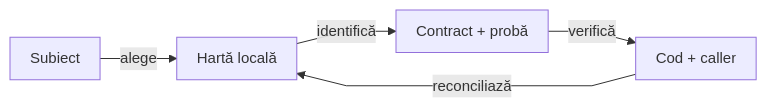
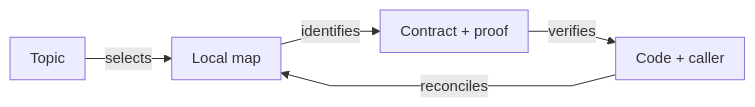
One commit to crististefanita/atf_j1 changed the first of 2 diagrams in docs/ATF_Context_Atlas.md. Above: the diagram before and after it, drawn with Mermaid. The commit also changed other lines of this file and 83 other files, not shown here.

````diff
--- a/docs/ATF_Context_Atlas.md
+++ b/docs/ATF_Context_Atlas.md
@@ -53,8 +55,8 @@
 ```mermaid
 %%{init: {"themeVariables":{"fontSize":"15px"},"themeCSS":".nodeLabel, .nodeLabel p { font-size: 15px !important; line-height: 1.35 !important; } .edgeLabel, .edgeLabel p { font-size: 12px !important; font-weight: 400 !important; line-height: 1.2 !important; } .edgeLabel .labelBkg, .edgeLabel p { background: transparent !important; } .edgeLabel foreignObject { transform: translateY(-18px); overflow: visible; } .node rect { rx: 6px; ry: 6px; }","flowchart":{"curve":"linear","nodeSpacing":24,"rankSpacing":40,"padding":10,"diagramPadding":16}}}%%
 flowchart LR
-    Intent["Subiect"] -->|alege| Map["Hartă locală"]
-    Map -->|identifică| Contract["Contract + probă"]
-    Contract -->|verifică| Code["Cod + caller"]
-    Code -->|reconciliază| Map
+    Intent["Topic"] -->|selects| Map["Local map"]
+    Map -->|identifies| Contract["Contract + proof"]
+    Contract -->|verifies| Code["Code + caller"]
+    Code -->|reconciles| Map
 ```
````
